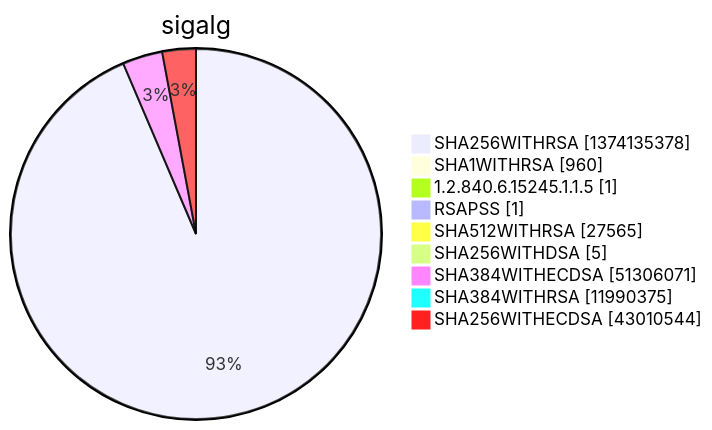
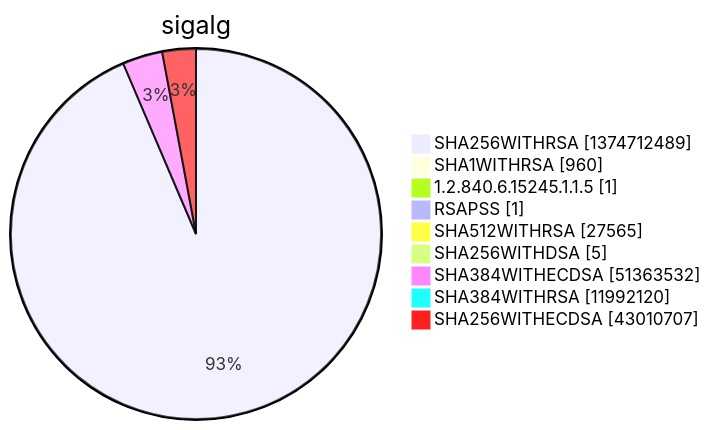
Diagram 15 of 15 in argon2022/README.md (christiankrug/ctmonitor_visualization), drawn with Mermaid before and after one commit. The commit also changed other lines of this file, not shown here.

````diff
--- a/argon2022/README.md
+++ b/argon2022/README.md
@@ -5524,13 +5524,13 @@
 ```mermaid
 pie showData
 title sigalg
-"SHA256WITHRSA" :1374135378
+"SHA256WITHRSA" :1374712489
 "SHA1WITHRSA" :960
 "1.2.840.6.15245.1.1.5" :1
 "RSAPSS" :1
 "SHA512WITHRSA" :27565
 "SHA256WITHDSA" :5
-"SHA384WITHECDSA" :51306071
-"SHA384WITHRSA" :11990375
-"SHA256WITHECDSA" :43010544
+"SHA384WITHECDSA" :51363532
+"SHA384WITHRSA" :11992120
+"SHA256WITHECDSA" :43010707
 ```
````
